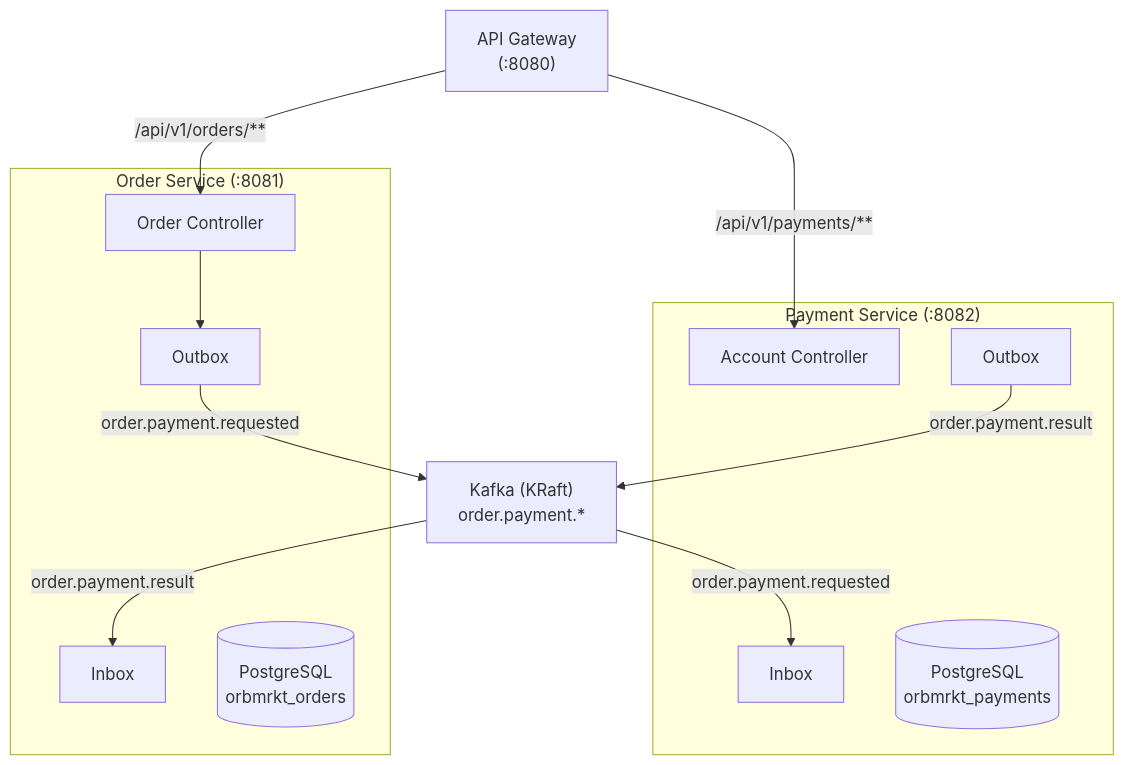
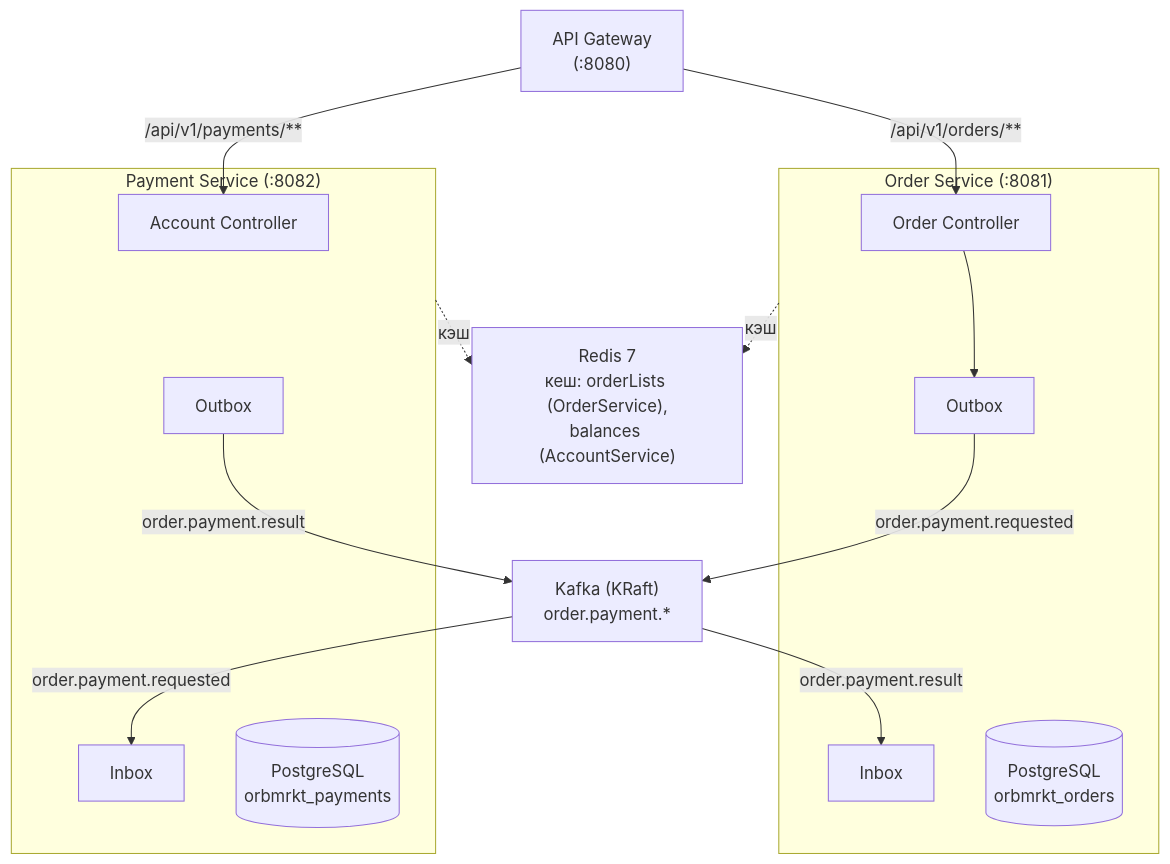
The diagram in README.md (RasmuS2024/orbmrkt), drawn with Mermaid before and after one commit. The commit also changed other lines of this file, not shown here.

Commit message:
Fixed README - Added Redis caching in project

````diff
--- a/README.md
+++ b/README.md
@@ -35,28 +35,34 @@
 ```mermaid
 graph TB
     GW["API Gateway<br/>(:8080)"]
 
     subgraph OS["Order Service (:8081)"]
         OCtrl["Order Controller"]
         OOutbox["Outbox"]
         OInbox["Inbox"]
         ODB[("PostgreSQL<br/>orbmrkt_orders")]
     end
 
     subgraph PS["Payment Service (:8082)"]
         PCtrl["Account Controller"]
         POutbox["Outbox"]
         PInbox["Inbox"]
         PDB[("PostgreSQL<br/>orbmrkt_payments")]
     end
 
+    R["Redis 7<br/>кеш: orderLists (OrderService),<br/>balances (AccountService)"]
+
     K["Kafka (KRaft)<br/>order.payment.*"]
+
+    R ~~~ K
 
     GW -->|"/api/v1/orders/**"| OCtrl
     GW -->|"/api/v1/payments/**"| PCtrl
+    OS -.->|"кэш"| R
+    PS -.->|"кэш"| R
     OOutbox -->|"order.payment.requested"| K
     K -->|"order.payment.requested"| PInbox
     POutbox -->|"order.payment.result"| K
     K -->|"order.payment.result"| OInbox
     OCtrl --> OOutbox
 ```
````
